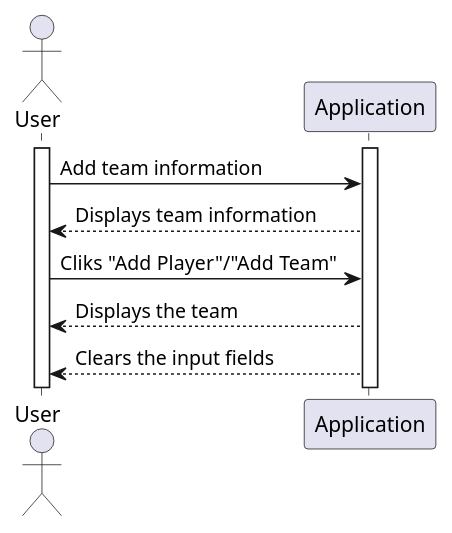
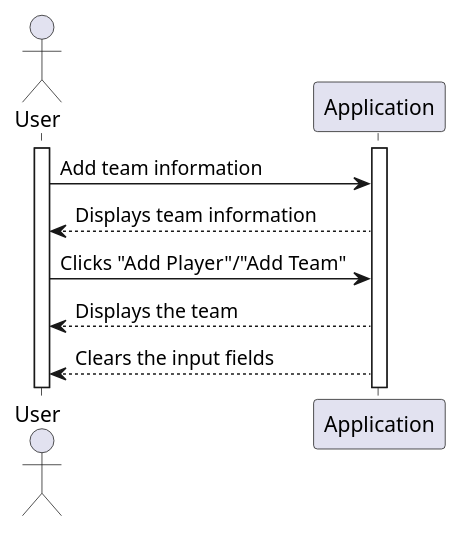
The diagram in ProjektUML/SequencediagramUserAppData/sequence_diagram_addTeam.wsd (itzMesh/DCST1008-Prosjekt), drawn with PlantUML before and after one commit. The commit also changed 15 other files, not shown here.

```diff
--- a/ProjektUML/SequencediagramUserAppData/sequence_diagram_addTeam.wsd
+++ b/ProjektUML/SequencediagramUserAppData/sequence_diagram_addTeam.wsd
@@ -1,16 +1,16 @@
 @startuml addTeam
 
 actor User as U
 participant Application as A
 
 activate U
 activate A
 
 U->A: Add team information
 A-->U: Displays team information
-U->A: Cliks "Add Player"/"Add Team"
+U->A: Clicks "Add Player"/"Add Team"
 A-->U: Displays the team
 A-->U: Clears the input fields
 
 
 @enduml
```
